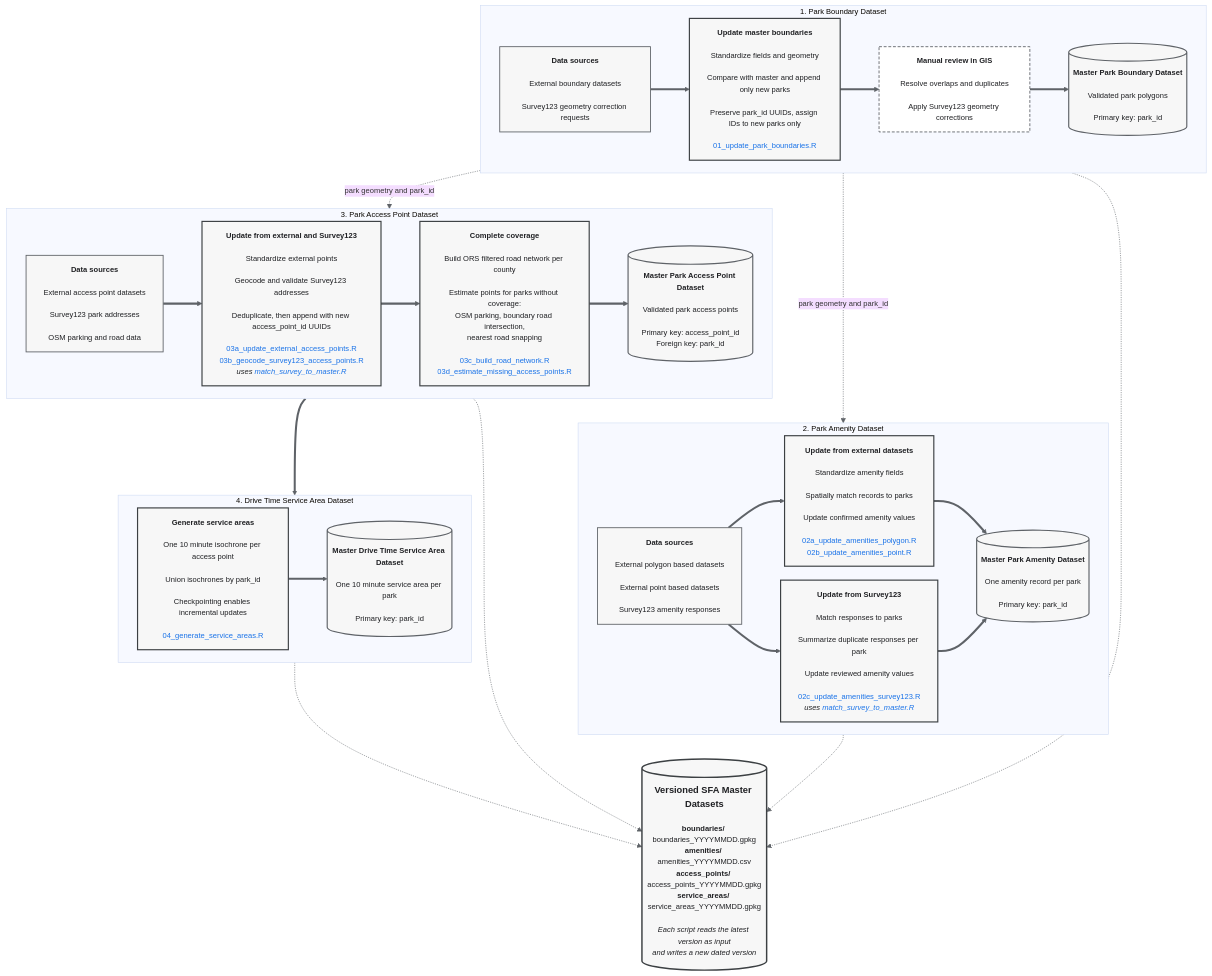
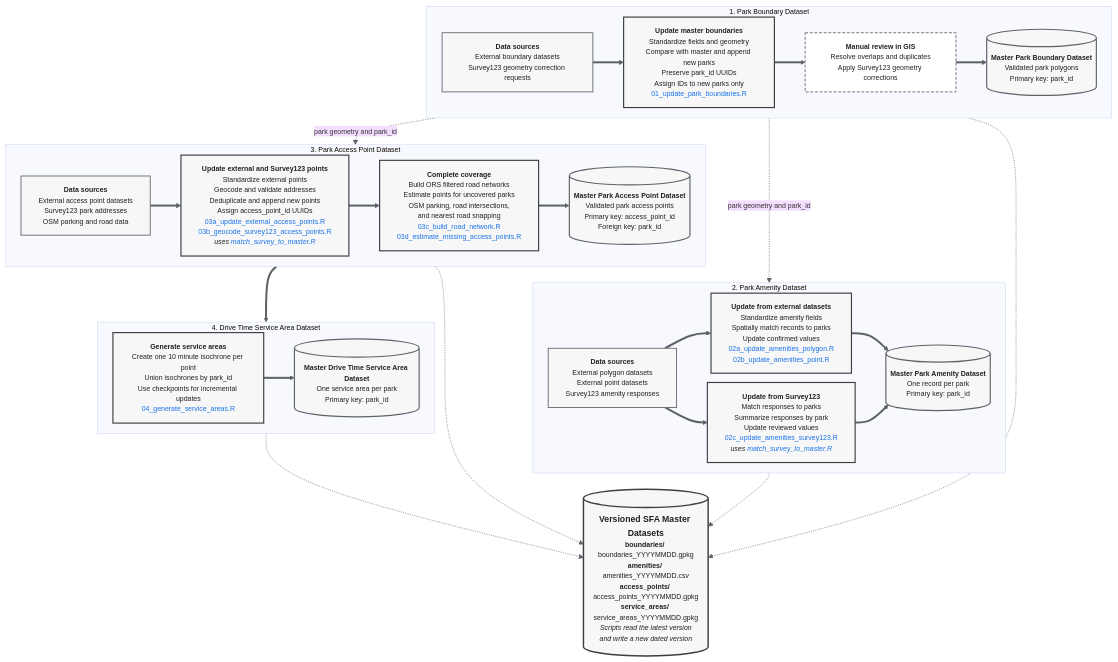
The diagram in README.md (youngjaewon/strive-for-access), drawn with Mermaid before and after one commit.

Commit message:
Refactor README.md for clarity and formatting
Updated font size and spacing in configuration. Revised text for clarity in flowchart sections.

```diff
--- a/README.md
+++ b/README.md
@@ -19,62 +19,48 @@
   theme: base
   themeVariables:
     fontFamily: ''
-    fontSize: 13px
+    fontSize: 12px
     lineColor: '#5F6368'
   flowchart:
     htmlLabels: true
     curve: basis
-    nodeSpacing: 24
-    rankSpacing: 42
+    nodeSpacing: 16
+    rankSpacing: 28
   layout: dagre
 ---
 flowchart TB
 
 subgraph BOUNDARY["1. Park Boundary Dataset"]
     direction LR
-
-    B1["<b>Data sources</b><br><br>External boundary datasets<br><br>Survey123 geometry correction requests"]
-
-    B2["<b>Update master boundaries</b><br><br>Standardize fields and geometry<br><br>Compare with master and append only new parks<br><br>Preserve park_id UUIDs, assign IDs to new parks only<br><br><font color='#1A73E8'>01_update_park_boundaries.R</font>"]
-
-    B3["<b>Manual review in GIS</b><br><br>Resolve overlaps and duplicates<br><br>Apply Survey123 geometry corrections"]
-
-    B4[("<b>Master Park Boundary Dataset</b><br><br>Validated park polygons<br><br>Primary key: park_id")]
+    B1["<b>Data sources</b><br>External boundary datasets<br>Survey123 geometry correction requests"]
+    B2["<b>Update master boundaries</b><br>Standardize fields and geometry<br>Compare with master and append new parks<br>Preserve park_id UUIDs<br>Assign IDs to new parks only<br><font color='#1A73E8'>01_update_park_boundaries.R</font>"]
+    B3["<b>Manual review in GIS</b><br>Resolve overlaps and duplicates<br>Apply Survey123 geometry corrections"]
+    B4[("<b>Master Park Boundary Dataset</b><br>Validated park polygons<br>Primary key: park_id")]
 end
 
 subgraph AMENITY["2. Park Amenity Dataset"]
     direction LR
-
-    A1["<b>Data sources</b><br><br>External polygon based datasets<br><br>External point based datasets<br><br>Survey123 amenity responses"]
-
-    A2["<b>Update from external datasets</b><br><br>Standardize amenity fields<br><br>Spatially match records to parks<br><br>Update confirmed amenity values<br><br><font color='#1A73E8'>02a_update_amenities_polygon.R</font><br><font color='#1A73E8'>02b_update_amenities_point.R</font>"]
-
-    A3["<b>Update from Survey123</b><br><br>Match responses to parks<br><br>Summarize duplicate responses per park<br><br>Update reviewed amenity values<br><br><font color='#1A73E8'>02c_update_amenities_survey123.R</font><br><i>uses <font color='#1A73E8'>match_survey_to_master.R</font></i>"]
-
-    A4[("<b>Master Park Amenity Dataset</b><br><br>One amenity record per park<br><br>Primary key: park_id")]
+    A1["<b>Data sources</b><br>External polygon datasets<br>External point datasets<br>Survey123 amenity responses"]
+    A2["<b>Update from external datasets</b><br>Standardize amenity fields<br>Spatially match records to parks<br>Update confirmed values<br><font color='#1A73E8'>02a_update_amenities_polygon.R</font><br><font color='#1A73E8'>02b_update_amenities_point.R</font>"]
+    A3["<b>Update from Survey123</b><br>Match responses to parks<br>Summarize responses by park<br>Update reviewed values<br><font color='#1A73E8'>02c_update_amenities_survey123.R</font><br><i>uses <font color='#1A73E8'>match_survey_to_master.R</font></i>"]
+    A4[("<b>Master Park Amenity Dataset</b><br>One record per park<br>Primary key: park_id")]
 end
 
 subgraph ACCESS["3. Park Access Point Dataset"]
     direction LR
-
-    P1["<b>Data sources</b><br><br>External access point datasets<br><br>Survey123 park addresses<br><br>OSM parking and road data"]
-
-    P2["<b>Update from external and Survey123</b><br><br>Standardize external points<br><br>Geocode and validate Survey123 addresses<br><br>Deduplicate, then append with new access_point_id UUIDs<br><br><font color='#1A73E8'>03a_update_external_access_points.R</font><br><font color='#1A73E8'>03b_geocode_survey123_access_points.R</font><br><i>uses <font color='#1A73E8'>match_survey_to_master.R</font></i>"]
-
-    P3["<b>Complete coverage</b><br><br>Build ORS filtered road network per county<br><br>Estimate points for parks without coverage:<br>OSM parking, boundary road intersection,<br>nearest road snapping<br><br><font color='#1A73E8'>03c_build_road_network.R</font><br><font color='#1A73E8'>03d_estimate_missing_access_points.R</font>"]
-
-    P5[("<b>Master Park Access Point Dataset</b><br><br>Validated park access points<br><br>Primary key: access_point_id<br>Foreign key: park_id")]
+    P1["<b>Data sources</b><br>External access point datasets<br>Survey123 park addresses<br>OSM parking and road data"]
+    P2["<b>Update external and Survey123 points</b><br>Standardize external points<br>Geocode and validate addresses<br>Deduplicate and append new points<br>Assign access_point_id UUIDs<br><font color='#1A73E8'>03a_update_external_access_points.R</font><br><font color='#1A73E8'>03b_geocode_survey123_access_points.R</font><br><i>uses <font color='#1A73E8'>match_survey_to_master.R</font></i>"]
+    P3["<b>Complete coverage</b><br>Build ORS filtered road networks<br>Estimate points for uncovered parks<br>OSM parking, road intersections,<br>and nearest road snapping<br><font color='#1A73E8'>03c_build_road_network.R</font><br><font color='#1A73E8'>03d_estimate_missing_access_points.R</font>"]
+    P5[("<b>Master Park Access Point Dataset</b><br>Validated park access points<br>Primary key: access_point_id<br>Foreign key: park_id")]
 end
 
 subgraph SERVICE["4. Drive Time Service Area Dataset"]
     direction LR
-
-    T1["<b>Generate service areas</b><br><br>One 10 minute isochrone per access point<br><br>Union isochrones by park_id<br><br>Checkpointing enables incremental updates<br><br><font color='#1A73E8'>04_generate_service_areas.R</font>"]
-
-    T3[("<b>Master Drive Time Service Area Dataset</b><br><br>One 10 minute service area per park<br><br>Primary key: park_id")]
+    T1["<b>Generate service areas</b><br>Create one 10 minute isochrone per point<br>Union isochrones by park_id<br>Use checkpoints for incremental updates<br><font color='#1A73E8'>04_generate_service_areas.R</font>"]
+    T3[("<b>Master Drive Time Service Area Dataset</b><br>One service area per park<br>Primary key: park_id")]
 end
 
-M[("<b style='font-size:16px'>Versioned SFA Master Datasets</b><br><br><b>boundaries/</b> boundaries_YYYYMMDD.gpkg<br><b>amenities/</b> amenities_YYYYMMDD.csv<br><b>access_points/</b> access_points_YYYYMMDD.gpkg<br><b>service_areas/</b> service_areas_YYYYMMDD.gpkg<br><br><i>Each script reads the latest version as input<br>and writes a new dated version</i>")]
+M[("<b style='font-size:15px'>Versioned SFA Master Datasets</b><br><b>boundaries/</b> boundaries_YYYYMMDD.gpkg<br><b>amenities/</b> amenities_YYYYMMDD.csv<br><b>access_points/</b> access_points_YYYYMMDD.gpkg<br><b>service_areas/</b> service_areas_YYYYMMDD.gpkg<br><i>Scripts read the latest version<br>and write a new dated version</i>")]
 
 B1 ==> B2
 B2 ==> B3
```
